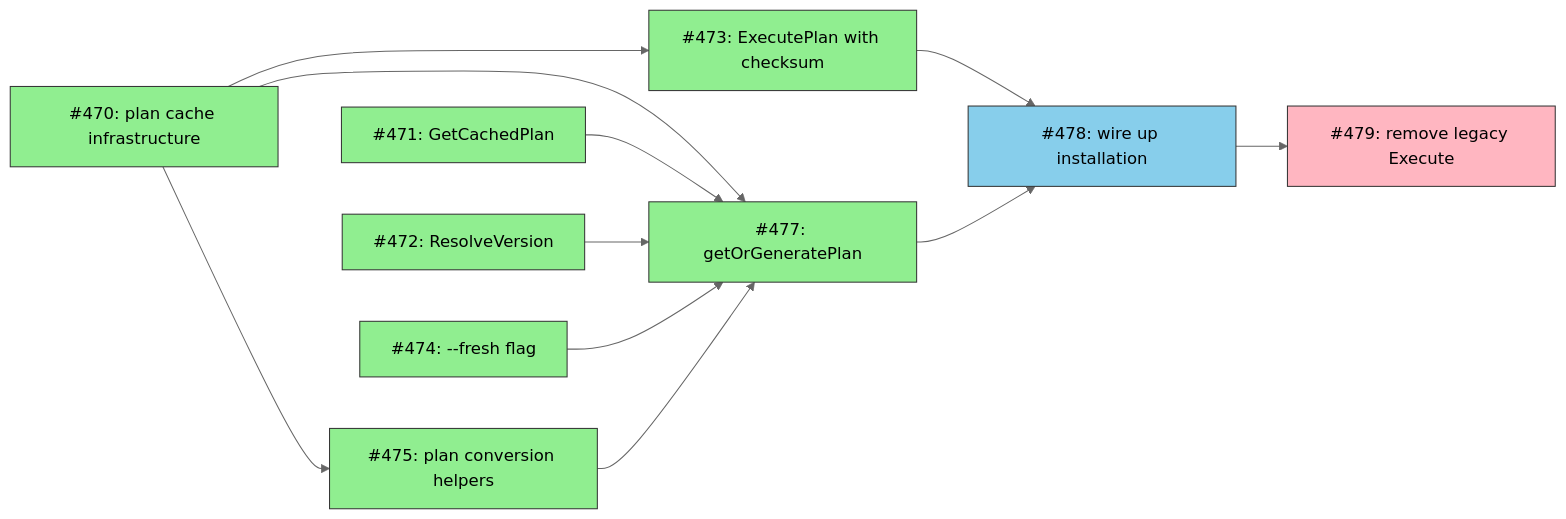
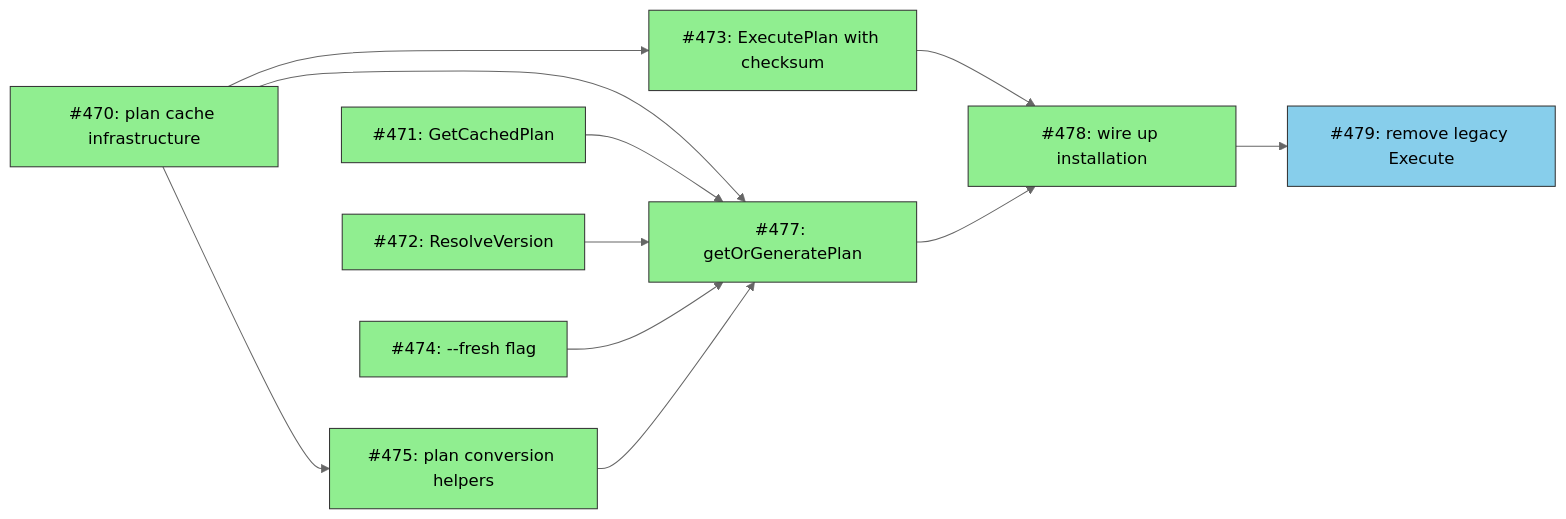
Before and after one commit to tsukumogami/tsuku: the diagram in docs/DESIGN-deterministic-execution.md, drawn with Mermaid (neutral theme). The commit also changed 4 other files, not shown here.

First line of the commit message:
feat(cli): wire up plan-based installation flow (#499)

````diff
--- a/docs/DESIGN-deterministic-execution.md
+++ b/docs/DESIGN-deterministic-execution.md
@@ -27,17 +27,17 @@
 ```mermaid
 graph LR
     classDef done fill:#90EE90,stroke:#333
     classDef ready fill:#87CEEB,stroke:#333
     classDef blocked fill:#FFB6C1,stroke:#333
 
     I470[#470: plan cache infrastructure]:::done --> I473[#473: ExecutePlan with checksum]:::done
     I470 --> I475[#475: plan conversion helpers]:::done
     I470 --> I477[#477: getOrGeneratePlan]:::done
     I471[#471: GetCachedPlan]:::done --> I477
     I472[#472: ResolveVersion]:::done --> I477
     I474[#474: --fresh flag]:::done --> I477
     I475 --> I477
-    I473 --> I478[#478: wire up installation]:::ready
+    I473 --> I478[#478: wire up installation]:::done
     I477 --> I478
-    I478 --> I479[#479: remove legacy Execute]:::blocked
+    I478 --> I479[#479: remove legacy Execute]:::ready
 ```
````
